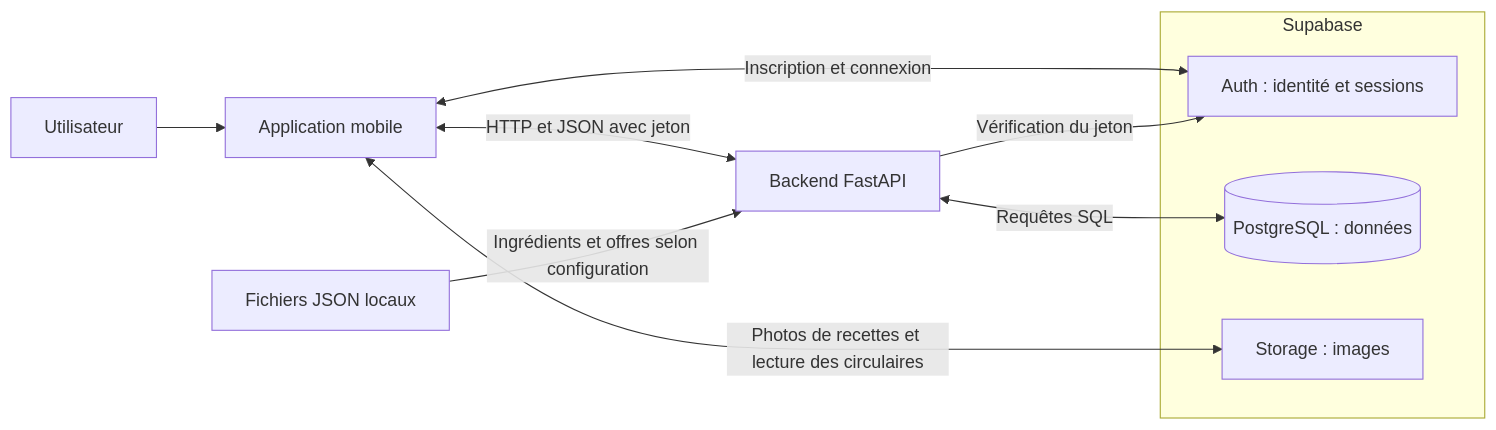
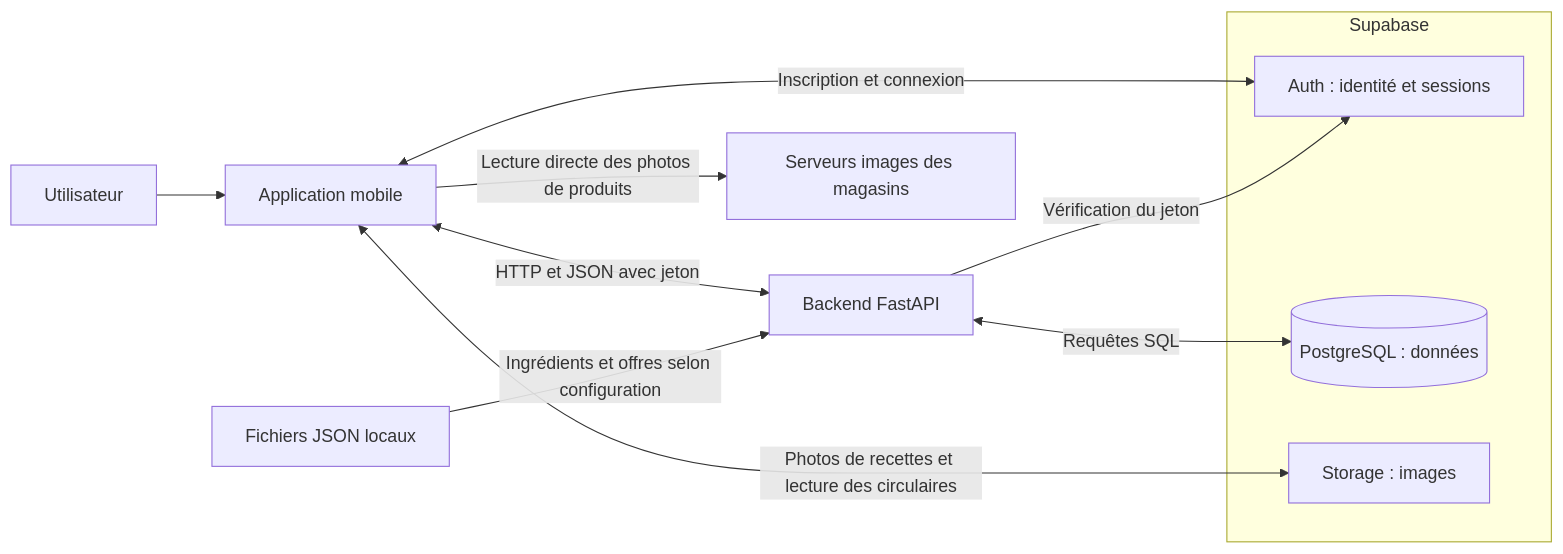
One commit to EnzoT454/OptiMeal changed the first of 21 diagrams in README-fonctionnement.md. Above: the diagram before and after it, drawn with Mermaid. The commit also changed other lines of this file, not shown here.

Commit message:
ajout schemas fonctionnement

````diff
--- a/README-fonctionnement.md
+++ b/README-fonctionnement.md
@@ -13,15 +13,16 @@
 ```mermaid
 flowchart LR
     U[Utilisateur] --> M[Application mobile]
     M <-->|HTTP et JSON avec jeton| B[Backend FastAPI]
     J[Fichiers JSON locaux] -->|Ingrédients et offres selon configuration| B
     subgraph S[Supabase]
         A[Auth : identité et sessions]
         D[(PostgreSQL : données)]
         I[Storage : images]
     end
     M <-->|Inscription et connexion| A
     B -->|Vérification du jeton| A
     B <-->|Requêtes SQL| D
     M <-->|Photos de recettes et lecture des circulaires| I
+    M -->|Lecture directe des photos de produits| P[Serveurs images des magasins]
 ```
````
